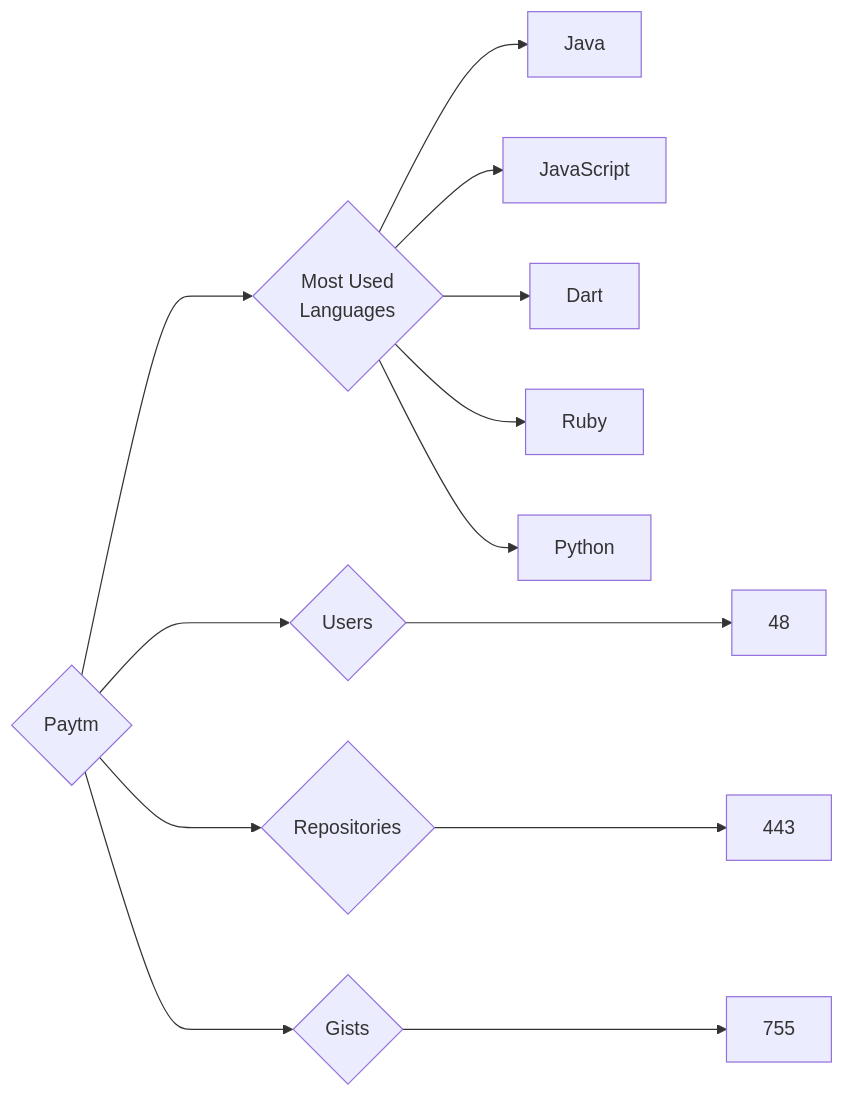
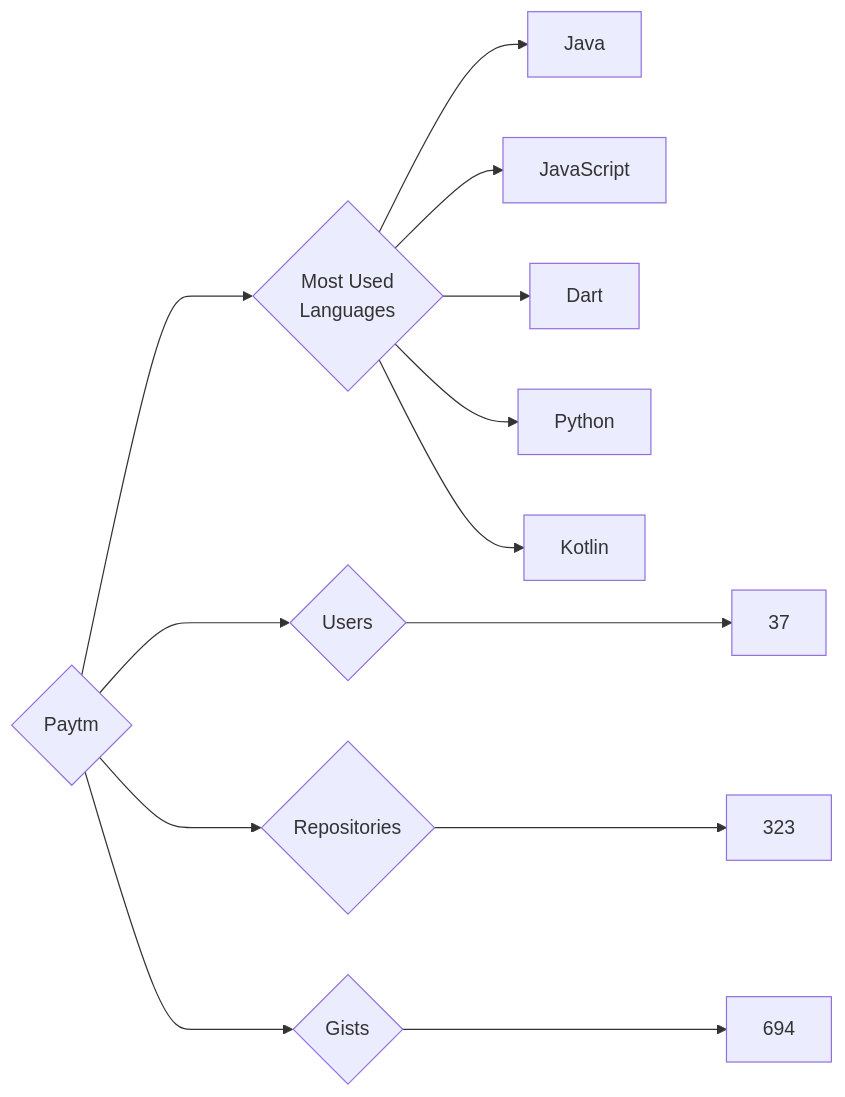
The diagram in targets/Paytm/README.md (trickest/insiders), drawn with Mermaid before and after one commit. The commit also changed 851 other files, not shown here.

````diff
--- a/targets/Paytm/README.md
+++ b/targets/Paytm/README.md
@@ -3,13 +3,13 @@
 ```mermaid
 graph LR
 COMPANY_NAME{Paytm}
-COMPANY_NAME ---> U{Users} ---> UN[48]
-COMPANY_NAME ---> R{Repositories} ---> RN[443]
-COMPANY_NAME ---> G{Gists} ---> GN[755]
+COMPANY_NAME ---> U{Users} ---> UN[37]
+COMPANY_NAME ---> R{Repositories} ---> RN[323]
+COMPANY_NAME ---> G{Gists} ---> GN[694]
 COMPANY_NAME ---> ML{Most Used<br>Languages}
 ML --> Java[Java]
 ML --> JavaScript[JavaScript]
 ML --> Dart[Dart]
-ML --> Ruby[Ruby]
 ML --> Python[Python]
+ML --> Kotlin[Kotlin]
 ```
````
